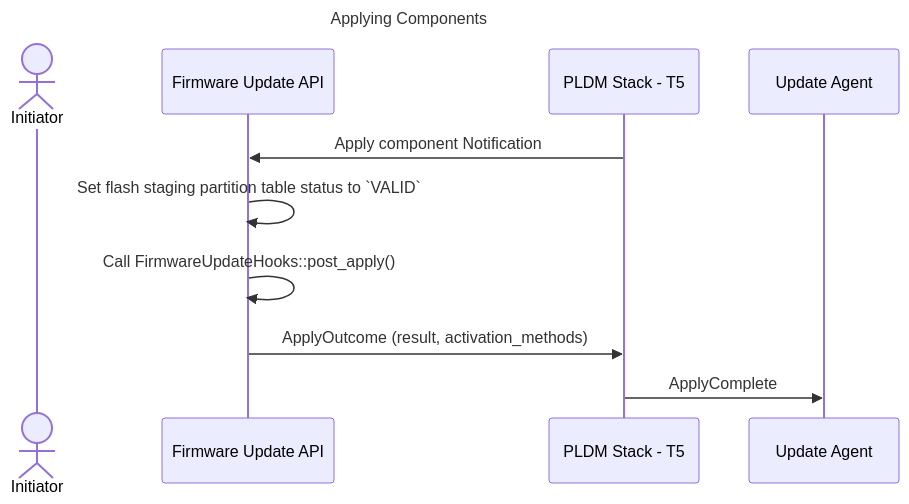
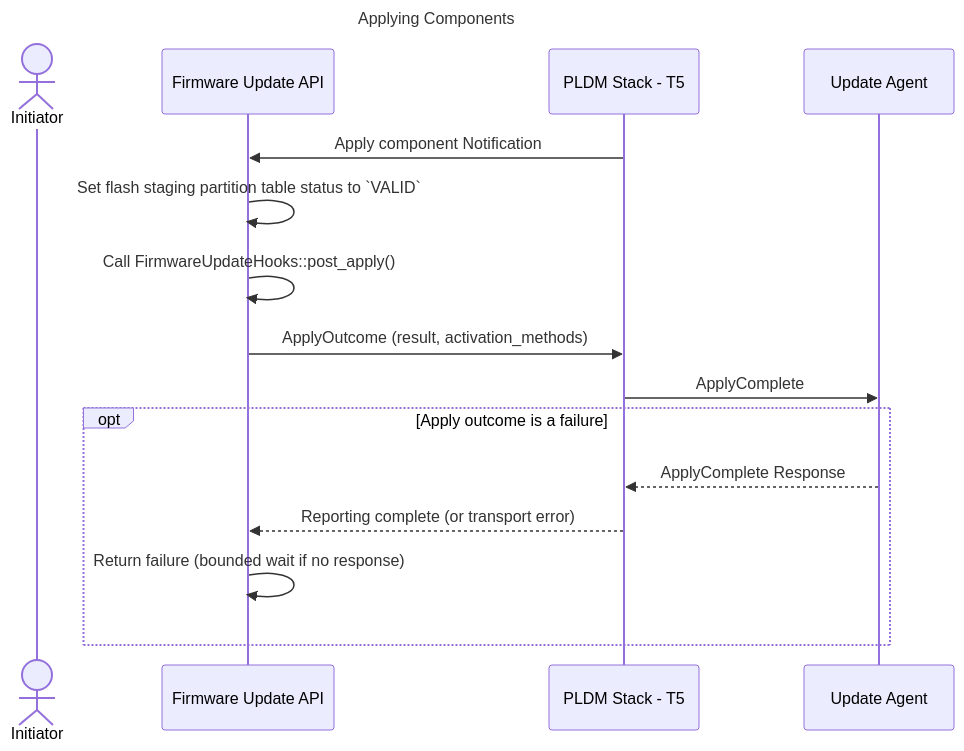
One commit to chipsalliance/caliptra-mcu-sw changed the eighth of 10 diagrams in docs/src/firmware_update.md. Above: the diagram before and after it, drawn with Mermaid. The commit also changed 8 other files, not shown here.

First line of the commit message:
[pldm] Wait for failed ApplyComplete reporting before exiting

````diff
--- a/docs/src/firmware_update.md
+++ b/docs/src/firmware_update.md
@@ -161,17 +161,22 @@
 ```mermaid
 sequenceDiagram
     title Applying Components
 
     actor App as Initiator
     participant API as Firmware Update API
     participant Firmware as PLDM Stack - T5
     participant PLDM as Update Agent
 
     Firmware->>API: Apply component Notification
     API->>API: Set flash staging partition table status to `VALID`
     API->>API: Call FirmwareUpdateHooks::post_apply()
 
     API->>Firmware: ApplyOutcome (result, activation_methods)
     Firmware->>PLDM: ApplyComplete
+    opt Apply outcome is a failure
+        PLDM-->>Firmware: ApplyComplete Response
+        Firmware-->>API: Reporting complete (or transport error)
+        API->>API: Return failure (bounded wait if no response)
+    end
 
 ```
````
